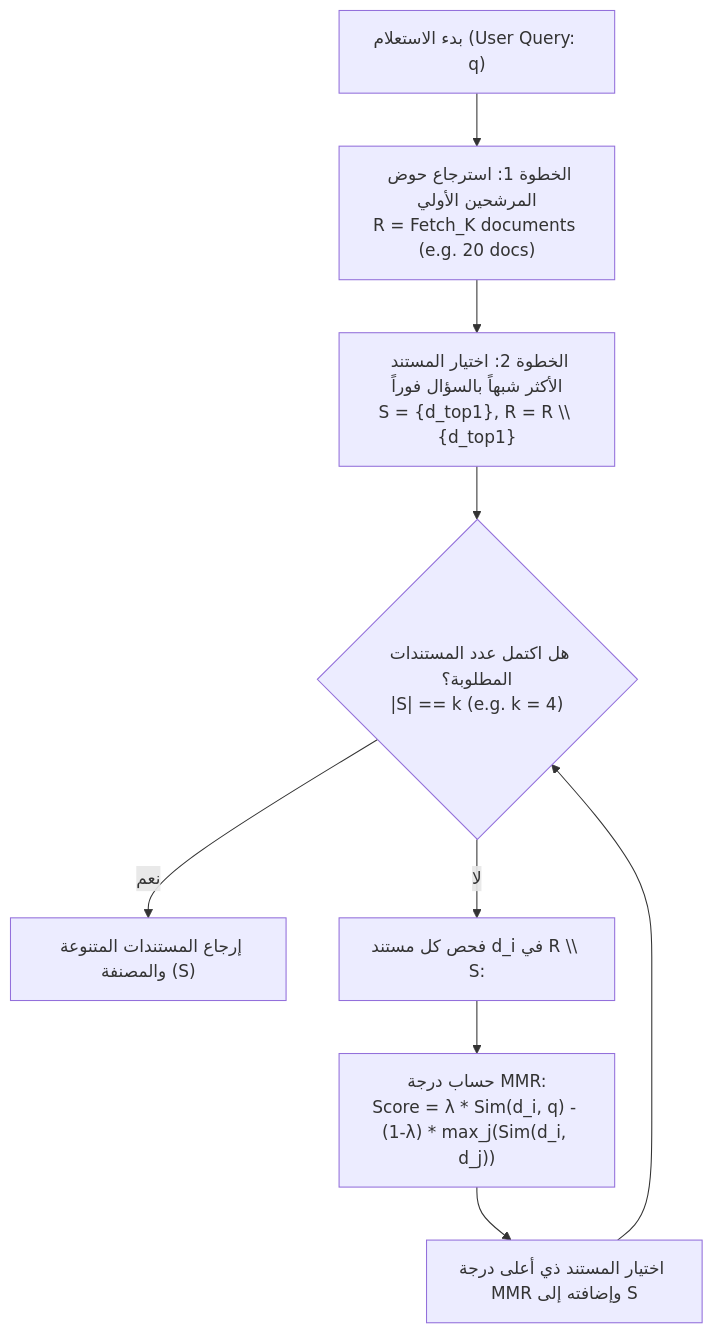
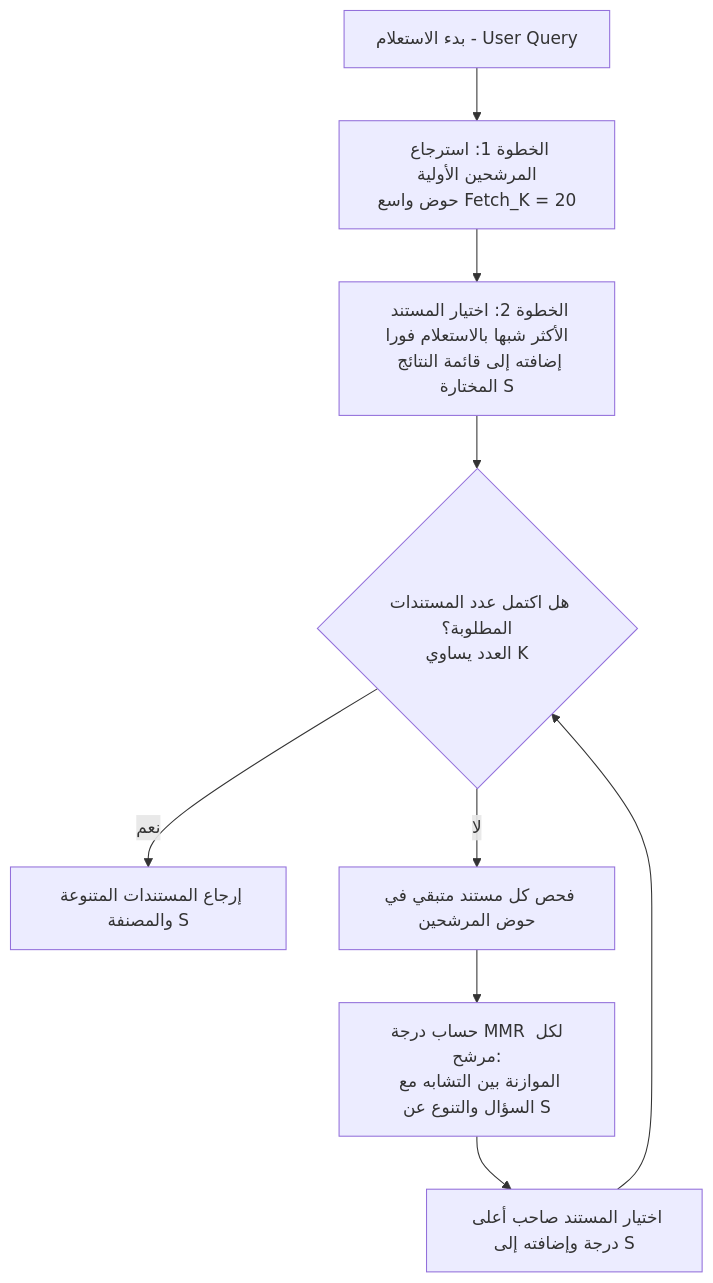
Before and after one commit to ali-abofouda/RAG-Mastery: the diagram in docs/05-hybrid-search-and-retrieval/06-mmr-theoretical-explanation.md, drawn with Mermaid. The commit also changed 4 other files, not shown here.

Commit message:
fix(portal): resolve mermaid syntax errors and enhance diagram rendering pipeline

````diff
--- a/docs/05-hybrid-search-and-retrieval/06-mmr-theoretical-explanation.md
+++ b/docs/05-hybrid-search-and-retrieval/06-mmr-theoretical-explanation.md
@@ -44,13 +44,13 @@
 ```mermaid
 flowchart TD
-    Start["بدء الاستعلام (User Query: q)"] --> Step1["الخطوة 1: استرجاع حوض المرشحين الأولي\nR = Fetch_K documents (e.g. 20 docs)"]
-    Step1 --> Step2["الخطوة 2: اختيار المستند الأكثر شبهاً بالسؤال فوراً\nS = {d_top1}, R = R \\ {d_top1}"]
+    Start["بدء الاستعلام - User Query"] --> Step1["الخطوة 1: استرجاع المرشحين الأولية<br/>حوض واسع Fetch_K = 20"]
+    Step1 --> Step2["الخطوة 2: اختيار المستند الأكثر شبها بالاستعلام فورا<br/>إضافته إلى قائمة النتائج المختارة S"]
     
-    Step2 --> CheckDone{"هل اكتمل عدد المستندات المطلوبة؟\n|S| == k (e.g. k = 4)"}
-    CheckDone -- نعم --> ReturnResults["إرجاع المستندات المتنوعة والمصنفة (S)"]
+    Step2 --> CheckDone{"هل اكتمل عدد المستندات المطلوبة؟<br/>العدد يساوي K"}
+    CheckDone -->|نعم| ReturnResults["إرجاع المستندات المتنوعة والمصنفة S"]
     
-    CheckDone -- لا --> LoopCandidates["فحص كل مستند d_i في R \\ S:"]
-    LoopCandidates --> CalcScore["حساب درجة MMR:\nScore = λ * Sim(d_i, q) - (1-λ) * max_j(Sim(d_i, d_j))"]
-    CalcScore --> PickBest["اختيار المستند ذي أعلى درجة MMR وإضافته إلى S"]
+    CheckDone -->|لا| LoopCandidates["فحص كل مستند متبقي في حوض المرشحين"]
+    LoopCandidates --> CalcScore["حساب درجة MMR لكل مرشح:<br/>الموازنة بين التشابه مع السؤال والتنوع عن S"]
+    CalcScore --> PickBest["اختيار المستند صاحب أعلى درجة وإضافته إلى S"]
     PickBest --> CheckDone
 ```
````
